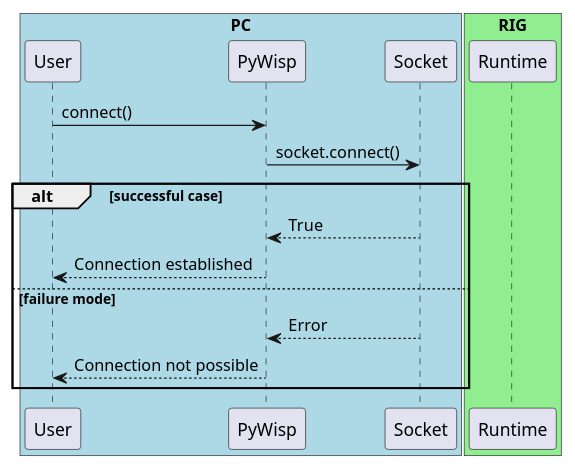
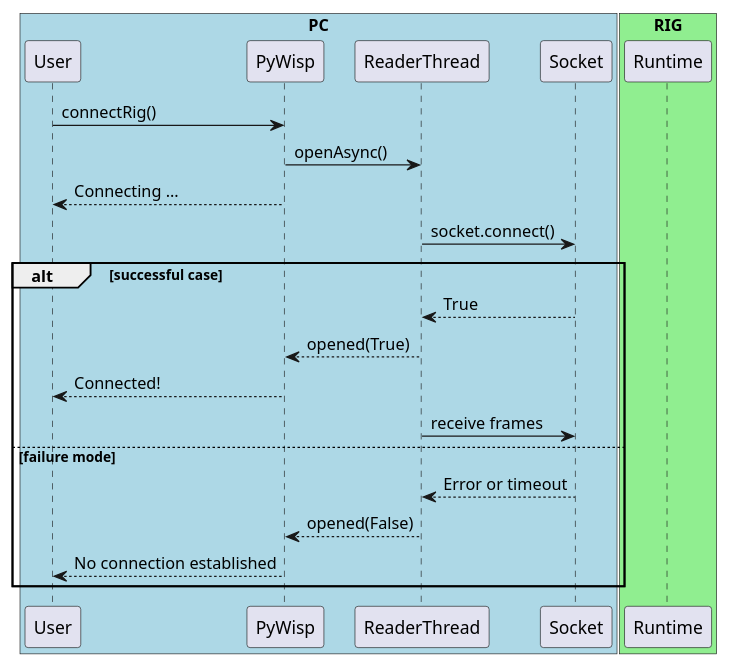
The second of 5 diagrams in docs/communication/index.rst (umit-iace/tool-pywisp), drawn with PlantUML before and after one commit. The commit also changed other lines of this file and 3 other files, not shown here.

```diff
--- a/docs/communication/index.rst
+++ b/docs/communication/index.rst
@@ -34,21 +45,27 @@
 .. uml::
     :caption: Connecting to a socket
 
     box "PC" #LightBlue
     participant User
     participant PyWisp
+    participant ReaderThread
     participant Socket
     end box
     box "RIG" #LightGreen
     participant Runtime
     end box
 
-    User -> PyWisp: connect()
-    PyWisp -> Socket: socket.connect()
+    User -> PyWisp: connectRig()
+    PyWisp -> ReaderThread: openAsync()
+    User <-- PyWisp: Connecting ...
+    ReaderThread -> Socket: socket.connect()
     alt successful case
-        PyWisp <-- Socket: True
-        User <-- PyWisp: Connection established
+        ReaderThread <-- Socket: True
+        PyWisp <-- ReaderThread: opened(True)
+        User <-- PyWisp: Connected!
+        ReaderThread -> Socket: receive frames
     else failure mode
-        PyWisp <-- Socket: Error
-        User <-- PyWisp: Connection not possible
+        ReaderThread <-- Socket: Error or timeout
+        PyWisp <-- ReaderThread: opened(False)
+        User <-- PyWisp: No connection established
     end
```
